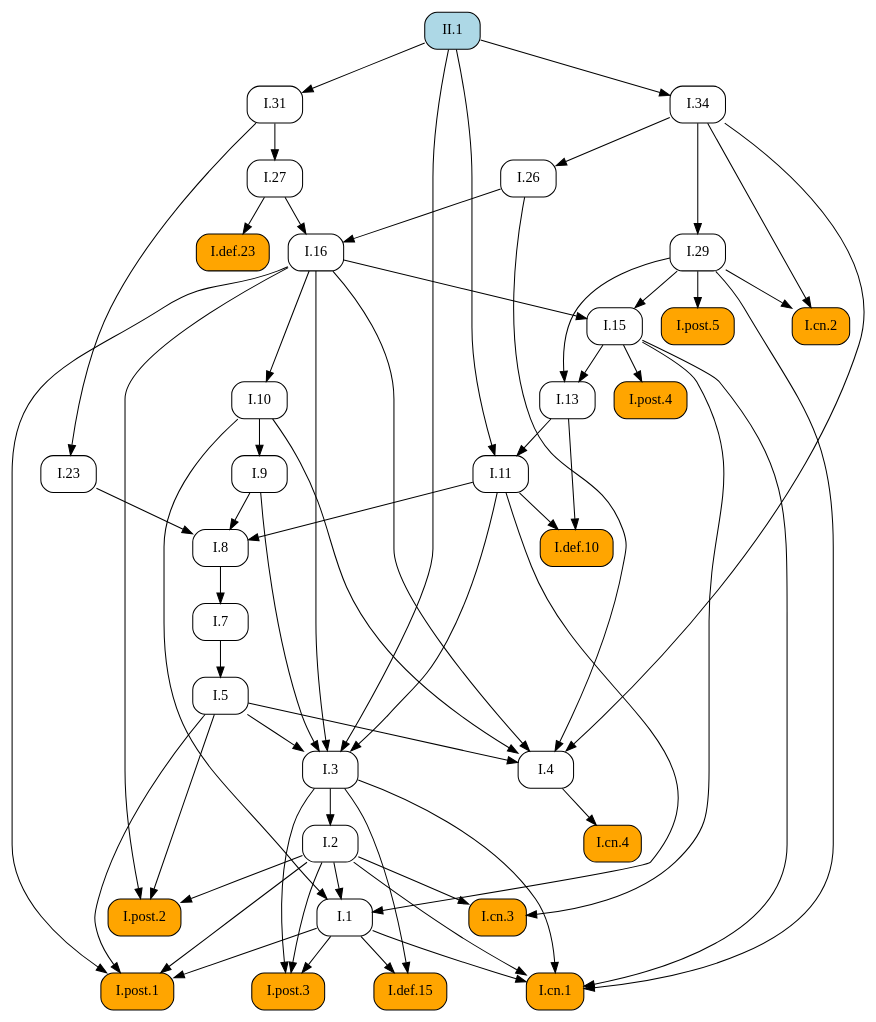
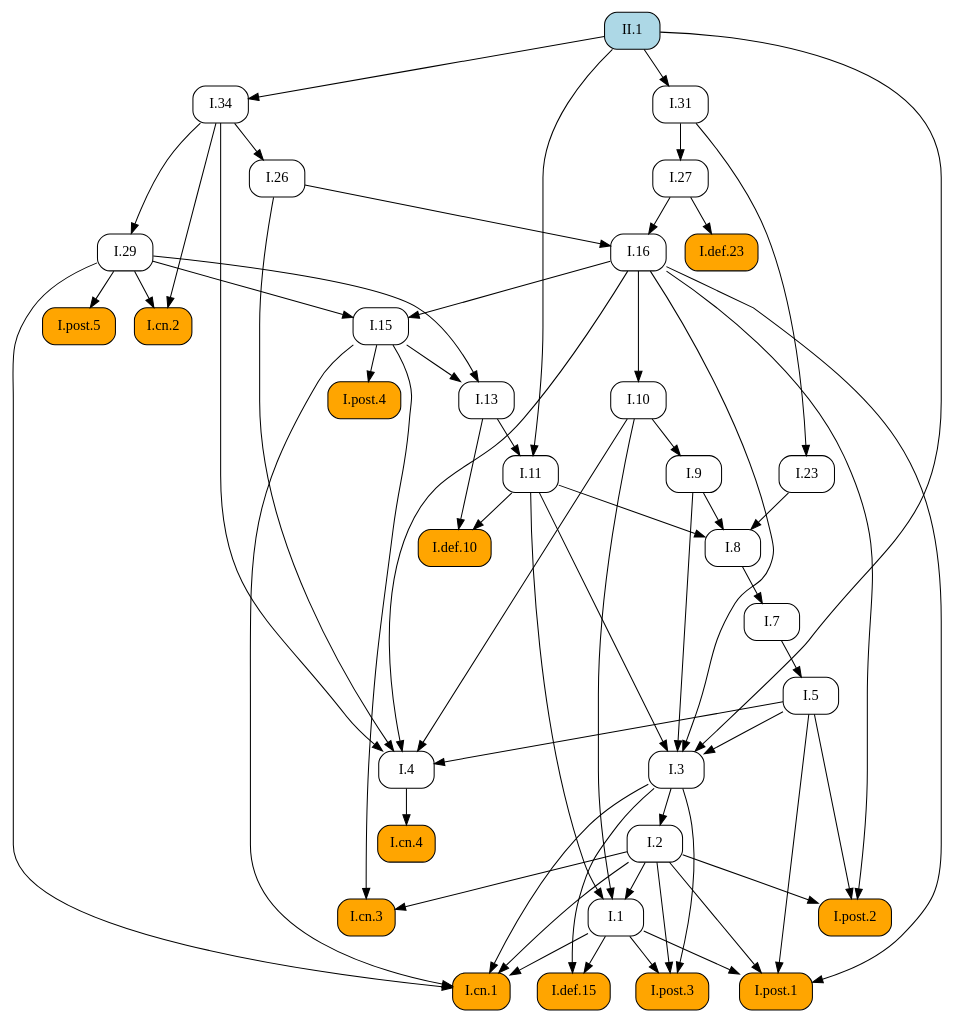
One commit to geometor/elements changed the diagram in docsrc/elements2/II/1/index.rst. Above: the diagram before and after it, drawn with Graphviz. The commit also changed other lines of this file and 409 other files, not shown here.

First line of the commit message:
feat: Add image cropping and graphic extraction script

```diff
--- a/docsrc/elements2/II/1/index.rst
+++ b/docsrc/elements2/II/1/index.rst
@@ -51,98 +51,98 @@
    digraph {
      rankdir="TB";
      node [shape=box, style=rounded];
+     "I.def.15" [style="rounded,filled", fillcolor=orange, URL="/elements2/I/def.15/", target="_top"];
+     "I.31" [URL="/elements2/I/31/", target="_top"];
+     "I.def.10" [style="rounded,filled", fillcolor=orange, URL="/elements2/I/def.10/", target="_top"];
+     "I.11" [URL="/elements2/I/11/", target="_top"];
      "I.8" [URL="/elements2/I/8/", target="_top"];
-     "I.post.3" [style="rounded,filled", fillcolor=orange, URL="/elements2/I/post.3/", target="_top"];
-     "I.1" [URL="/elements2/I/1/", target="_top"];
-     "I.cn.3" [style="rounded,filled", fillcolor=orange, URL="/elements2/I/cn.3/", target="_top"];
-     "I.cn.4" [style="rounded,filled", fillcolor=orange, URL="/elements2/I/cn.4/", target="_top"];
-     "I.23" [URL="/elements2/I/23/", target="_top"];
-     "I.7" [URL="/elements2/I/7/", target="_top"];
-     "I.post.1" [style="rounded,filled", fillcolor=orange, URL="/elements2/I/post.1/", target="_top"];
-     "I.9" [URL="/elements2/I/9/", target="_top"];
+     "I.def.23" [style="rounded,filled", fillcolor=orange, URL="/elements2/I/def.23/", target="_top"];
+     "I.15" [URL="/elements2/I/15/", target="_top"];
      "I.5" [URL="/elements2/I/5/", target="_top"];
      "I.post.5" [style="rounded,filled", fillcolor=orange, URL="/elements2/I/post.5/", target="_top"];
+     "I.3" [URL="/elements2/I/3/", target="_top"];
+     "I.cn.2" [style="rounded,filled", fillcolor=orange, URL="/elements2/I/cn.2/", target="_top"];
+     "I.10" [URL="/elements2/I/10/", target="_top"];
+     "II.1" [style="rounded,filled", fillcolor=lightblue, URL="/elements2/II/1/", target="_top"];
+     "I.26" [URL="/elements2/I/26/", target="_top"];
      "I.cn.1" [style="rounded,filled", fillcolor=orange, URL="/elements2/I/cn.1/", target="_top"];
+     "I.cn.3" [style="rounded,filled", fillcolor=orange, URL="/elements2/I/cn.3/", target="_top"];
+     "I.13" [URL="/elements2/I/13/", target="_top"];
+     "I.4" [URL="/elements2/I/4/", target="_top"];
+     "I.post.3" [style="rounded,filled", fillcolor=orange, URL="/elements2/I/post.3/", target="_top"];
+     "I.7" [URL="/elements2/I/7/", target="_top"];
+     "I.9" [URL="/elements2/I/9/", target="_top"];
      "I.29" [URL="/elements2/I/29/", target="_top"];
-     "I.def.10" [style="rounded,filled", fillcolor=orange, URL="/elements2/I/def.10/", target="_top"];
+     "I.23" [URL="/elements2/I/23/", target="_top"];
      "I.16" [URL="/elements2/I/16/", target="_top"];
+     "I.2" [URL="/elements2/I/2/", target="_top"];
+     "I.post.1" [style="rounded,filled", fillcolor=orange, URL="/elements2/I/post.1/", target="_top"];
+     "I.34" [URL="/elements2/I/34/", target="_top"];
+     "I.27" [URL="/elements2/I/27/", target="_top"];
+     "I.1" [URL="/elements2/I/1/", target="_top"];
      "I.post.4" [style="rounded,filled", fillcolor=orange, URL="/elements2/I/post.4/", target="_top"];
-     "I.cn.2" [style="rounded,filled", fillcolor=orange, URL="/elements2/I/cn.2/", target="_top"];
-     "I.13" [URL="/elements2/I/13/", target="_top"];
-     "I.2" [URL="/elements2/I/2/", target="_top"];
-     "I.27" [URL="/elements2/I/27/", target="_top"];
-     "I.def.15" [style="rounded,filled", fillcolor=orange, URL="/elements2/I/def.15/", target="_top"];
-     "II.1" [style="rounded,filled", fillcolor=lightblue, URL="/elements2/II/1/", target="_top"];
-     "I.4" [URL="/elements2/I/4/", target="_top"];
-     "I.def.23" [style="rounded,filled", fillcolor=orange, URL="/elements2/I/def.23/", target="_top"];
-     "I.31" [URL="/elements2/I/31/", target="_top"];
-     "I.11" [URL="/elements2/I/11/", target="_top"];
-     "I.10" [URL="/elements2/I/10/", target="_top"];
-     "I.15" [URL="/elements2/I/15/", target="_top"];
-     "I.3" [URL="/elements2/I/3/", target="_top"];
+     "I.cn.4" [style="rounded,filled", fillcolor=orange, URL="/elements2/I/cn.4/", target="_top"];
      "I.post.2" [style="rounded,filled", fillcolor=orange, URL="/elements2/I/post.2/", target="_top"];
-     "I.34" [URL="/elements2/I/34/", target="_top"];
-     "I.26" [URL="/elements2/I/26/", target="_top"];
+     "I.1" -> "I.def.15";
+     "I.3" -> "I.def.15";
+     "II.1" -> "I.31";
+     "I.11" -> "I.def.10";
+     "I.13" -> "I.def.10";
+     "I.13" -> "I.11";
+     "II.1" -> "I.11";
      "I.9" -> "I.8";
      "I.11" -> "I.8";
      "I.23" -> "I.8";
-     "I.1" -> "I.post.3";
-     "I.2" -> "I.post.3";
-     "I.3" -> "I.post.3";
-     "I.2" -> "I.1";
-     "I.10" -> "I.1";
-     "I.11" -> "I.1";
-     "I.2" -> "I.cn.3";
-     "I.15" -> "I.cn.3";
-     "I.4" -> "I.cn.4";
-     "I.31" -> "I.23";
-     "I.8" -> "I.7";
-     "I.1" -> "I.post.1";
-     "I.2" -> "I.post.1";
-     "I.5" -> "I.post.1";
-     "I.16" -> "I.post.1";
-     "I.10" -> "I.9";
+     "I.27" -> "I.def.23";
+     "I.16" -> "I.15";
+     "I.29" -> "I.15";
      "I.7" -> "I.5";
      "I.29" -> "I.post.5";
+     "I.5" -> "I.3";
+     "I.9" -> "I.3";
+     "I.11" -> "I.3";
+     "I.16" -> "I.3";
+     "II.1" -> "I.3";
+     "I.29" -> "I.cn.2";
+     "I.34" -> "I.cn.2";
+     "I.16" -> "I.10";
+     "I.34" -> "I.26";
      "I.1" -> "I.cn.1";
      "I.2" -> "I.cn.1";
      "I.3" -> "I.cn.1";
      "I.15" -> "I.cn.1";
      "I.29" -> "I.cn.1";
-     "I.34" -> "I.29";
-     "I.11" -> "I.def.10";
-     "I.13" -> "I.def.10";
-     "I.26" -> "I.16";
-     "I.27" -> "I.16";
-     "I.15" -> "I.post.4";
-     "I.29" -> "I.cn.2";
-     "I.34" -> "I.cn.2";
+     "I.2" -> "I.cn.3";
+     "I.15" -> "I.cn.3";
      "I.15" -> "I.13";
      "I.29" -> "I.13";
-     "I.3" -> "I.2";
-     "I.31" -> "I.27";
-     "I.1" -> "I.def.15";
-     "I.3" -> "I.def.15";
      "I.5" -> "I.4";
      "I.10" -> "I.4";
      "I.16" -> "I.4";
      "I.26" -> "I.4";
      "I.34" -> "I.4";
-     "I.27" -> "I.def.23";
-     "II.1" -> "I.31";
-     "I.13" -> "I.11";
-     "II.1" -> "I.11";
-     "I.16" -> "I.10";
-     "I.16" -> "I.15";
-     "I.29" -> "I.15";
-     "I.5" -> "I.3";
-     "I.9" -> "I.3";
-     "I.11" -> "I.3";
-     "I.16" -> "I.3";
-     "II.1" -> "I.3";
+     "I.1" -> "I.post.3";
+     "I.2" -> "I.post.3";
+     "I.3" -> "I.post.3";
+     "I.8" -> "I.7";
+     "I.10" -> "I.9";
+     "I.34" -> "I.29";
+     "I.31" -> "I.23";
+     "I.26" -> "I.16";
+     "I.27" -> "I.16";
+     "I.3" -> "I.2";
+     "I.1" -> "I.post.1";
+     "I.2" -> "I.post.1";
+     "I.5" -> "I.post.1";
+     "I.16" -> "I.post.1";
+     "II.1" -> "I.34";
+     "I.31" -> "I.27";
+     "I.2" -> "I.1";
+     "I.10" -> "I.1";
+     "I.11" -> "I.1";
+     "I.15" -> "I.post.4";
+     "I.4" -> "I.cn.4";
      "I.2" -> "I.post.2";
      "I.5" -> "I.post.2";
      "I.16" -> "I.post.2";
-     "II.1" -> "I.34";
-     "I.34" -> "I.26";
    }
```
